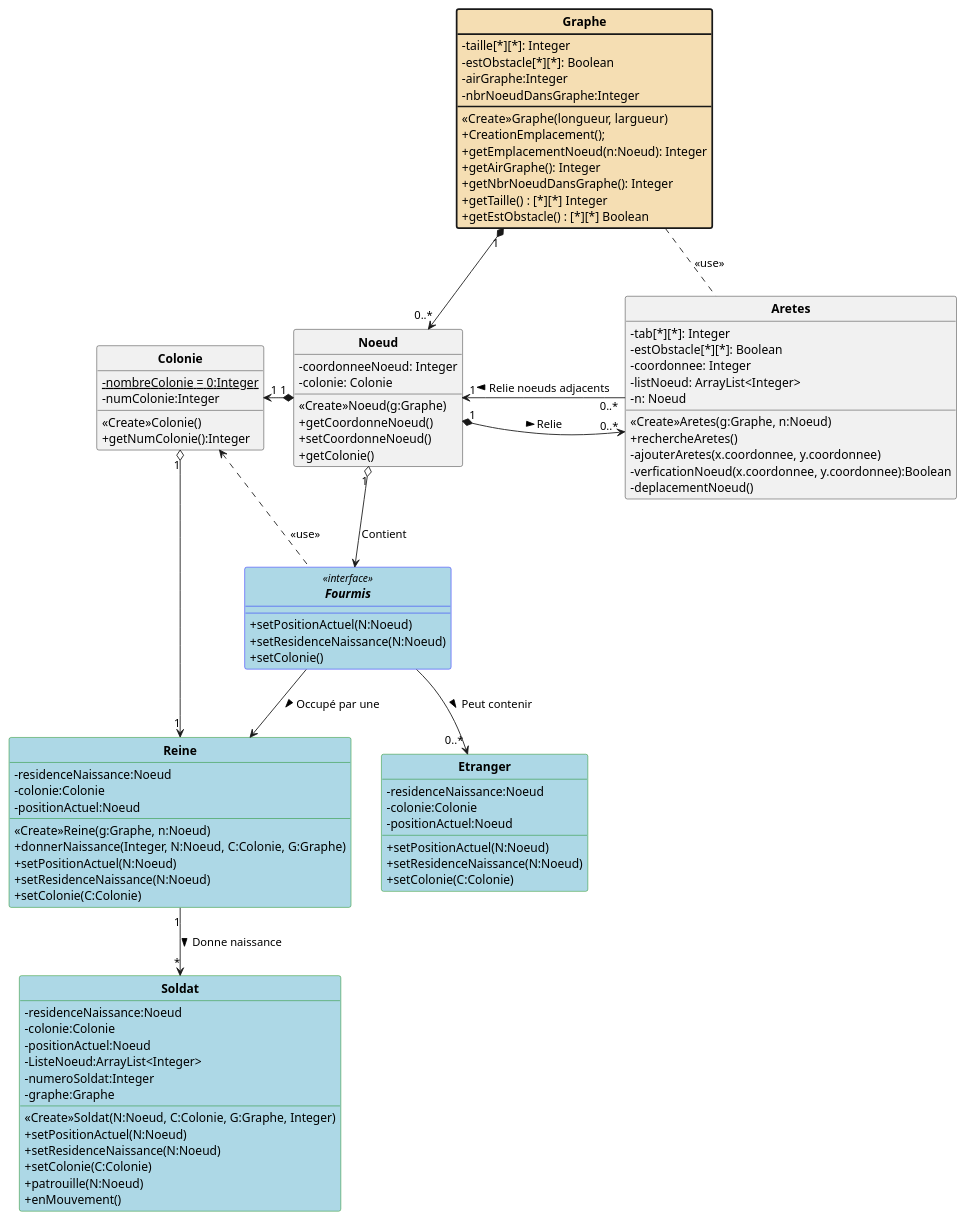
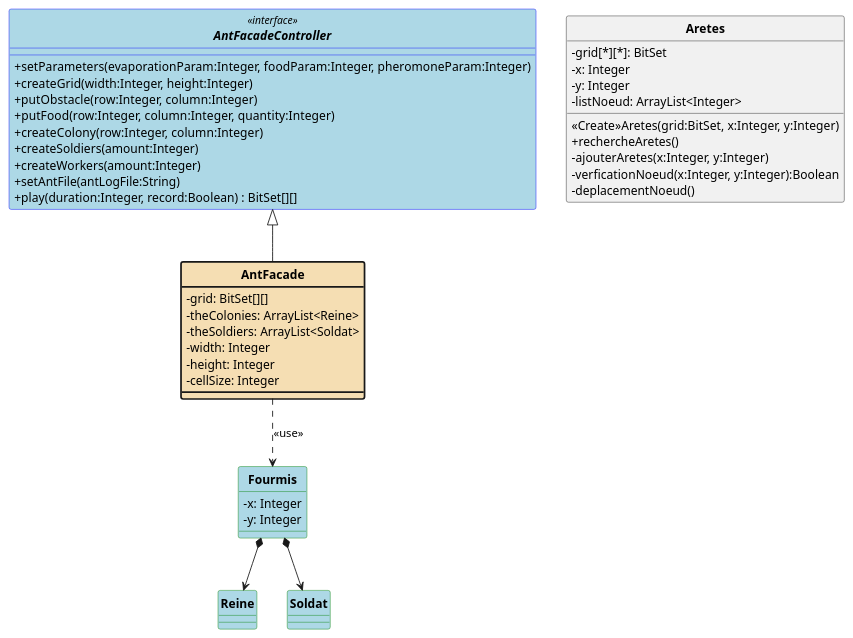
Before and after one commit to jvondermarck/ant-colony: the diagram in plantUML/V1/Fourmis_DC_Conception.puml, drawn with PlantUML. The commit also changed 22 other files, not shown here.

```diff
--- a/plantUML/V1/Fourmis_DC_Conception.puml
+++ b/plantUML/V1/Fourmis_DC_Conception.puml
@@ -1,113 +1,63 @@
 @startuml
 'https://plantuml.com/class-diagram
 
 skinparam style strictuml
 skinparam classAttributeIconSize 0
 skinparam classFontStyle Bold
 hide enum methods
 
-class Graphe #back:Wheat;line.bold {
-    -taille[*][*]: Integer
-    -estObstacle[*][*]: Boolean
-    -airGraphe:Integer
-    -nbrNoeudDansGraphe:Integer
 
-    <<Create>>Graphe(longueur, largueur)
-    +CreationEmplacement();
-    +getEmplacementNoeud(n:Noeud): Integer
-    +getAirGraphe(): Integer
-    +getNbrNoeudDansGraphe(): Integer
-    +getTaille() : [*][*] Integer
-    +getEstObstacle() : [*][*] Boolean
+interface AntFacadeController <<interface>> #lightblue;line:blue {
+    +setParameters(evaporationParam:Integer, foodParam:Integer, pheromoneParam:Integer)
+    +createGrid(width:Integer, height:Integer)
+    +putObstacle(row:Integer, column:Integer)
+    +putFood(row:Integer, column:Integer, quantity:Integer)
+    +createColony(row:Integer, column:Integer)
+    +createSoldiers(amount:Integer)
+    +createWorkers(amount:Integer)
+    +setAntFile(antLogFile:String)
+    +play(duration:Integer, record:Boolean) : BitSet[][]
+
 }
 
-class Noeud{
-    -coordonneeNoeud: Integer
-    -colonie: Colonie
-
-    <<Create>>Noeud(g:Graphe)
-    +getCoordonneNoeud()
-    +setCoordonneNoeud()
-    +getColonie()
+class AntFacade #back:Wheat;line.bold {
+    -grid: BitSet[][]
+    -theColonies: ArrayList<Reine>
+    -theSoldiers: ArrayList<Soldat>
+    -width: Integer
+    -height: Integer
+    -cellSize: Integer
 }
 
 class Aretes {
-    -tab[*][*]: Integer
-    -estObstacle[*][*]: Boolean
-    -coordonnee: Integer
+    -grid[*][*]: BitSet
+    -x: Integer
+    -y: Integer
     -listNoeud: ArrayList<Integer>
-    -n: Noeud
 
-    <<Create>>Aretes(g:Graphe, n:Noeud)
+    <<Create>>Aretes(grid:BitSet, x:Integer, y:Integer)
     +rechercheAretes()
-    -ajouterAretes(x.coordonnee, y.coordonnee)
-    -verficationNoeud(x.coordonnee, y.coordonnee):Boolean
+    -ajouterAretes(x:Integer, y:Integer)
+    -verficationNoeud(x:Integer, y:Integer):Boolean
     -deplacementNoeud()
 }
 
-class Colonie {
-    -{static} nombreColonie = 0:Integer
-    -numColonie:Integer
-    <<Create>>Colonie()
-    +getNumColonie():Integer
+class Fourmis #lightblue;line:green {
+    -x: Integer
+    -y: Integer
 }
 
-interface Fourmis <<interface>> #lightblue;line:blue {
-    +setPositionActuel(N:Noeud)
-    +setResidenceNaissance(N:Noeud)
-    +setColonie()
-}
 class Reine #lightblue;line:green {
-    -residenceNaissance:Noeud
-    -colonie:Colonie
-    -positionActuel:Noeud
 
-    <<Create>>Reine(g:Graphe, n:Noeud)
-    +donnerNaissance(Integer, N:Noeud, C:Colonie, G:Graphe)
-    +setPositionActuel(N:Noeud)
-    +setResidenceNaissance(N:Noeud)
-    +setColonie(C:Colonie)
 }
 
 class Soldat #lightblue;line:green {
-    -residenceNaissance:Noeud
-    -colonie:Colonie
-    -positionActuel:Noeud
-    -ListeNoeud:ArrayList<Integer>
-    -numeroSoldat:Integer
-    -graphe:Graphe
 
-    <<Create>>Soldat(N:Noeud, C:Colonie, G:Graphe, Integer)
-    +setPositionActuel(N:Noeud)
-    +setResidenceNaissance(N:Noeud)
-    +setColonie(C:Colonie)
-    +patrouille(N:Noeud)
-    +enMouvement()
 }
 
-class Etranger #lightblue;line:green{
-    -residenceNaissance:Noeud
-    -colonie:Colonie
-    -positionActuel:Noeud
-
-    +setPositionActuel(N:Noeud)
-    +setResidenceNaissance(N:Noeud)
-    +setColonie(C:Colonie)
-}
-
-
-Graphe "1" *--> "0..*" Noeud
-
-Noeud "\n1" *-> "0..*" Aretes : \n Relie  >
-Aretes "0..*" -> "1" Noeud : Relie noeuds adjacents >
-
-Graphe .. Aretes : <<use>>
-Noeud "1" *-left> "1" Colonie
-Colonie <.. Fourmis : <<use>>
-Reine "1" <-lefto "1" Colonie
-Noeud "1" o--> Fourmis : Contient
-Fourmis --> Reine : Occupé par une >
-Fourmis --> "\t\t0..*" Etranger : Peut contenir >
-Reine "1" --> "*" Soldat : Donne naissance >
+AntFacadeController <|-- AntFacade
+AntFacade ..> Fourmis : <<use>>
+Fourmis *--> Reine
+Fourmis *--> Soldat
 
 @enduml
```
